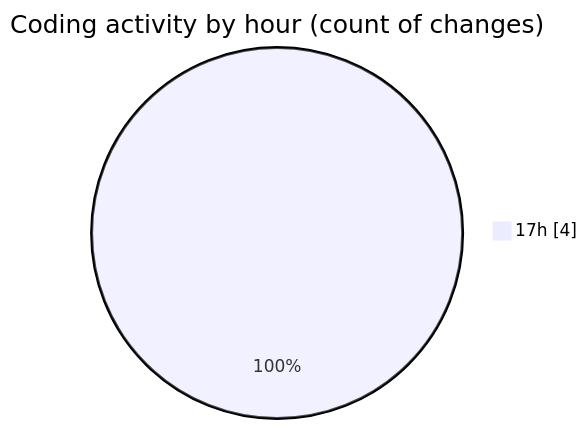
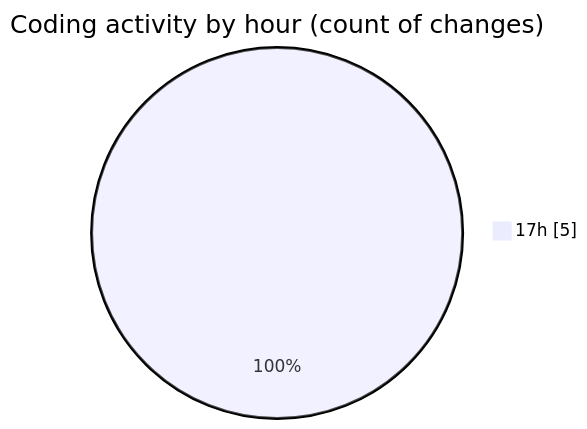
One commit to EIIisD/code-tracking changed the second of 2 diagrams in 2025-08-03/tts/README.md. Above: the diagram before and after it, drawn with Mermaid. The commit also changed other lines of this file and 1 other file, not shown here.

````diff
--- a/2025-08-03/tts/README.md
+++ b/2025-08-03/tts/README.md
@@ -29,5 +29,5 @@
 ```mermaid
 pie showData
 title Coding activity by hour (count of changes)
-"17h" : 4
+"17h" : 5
 ```
````
